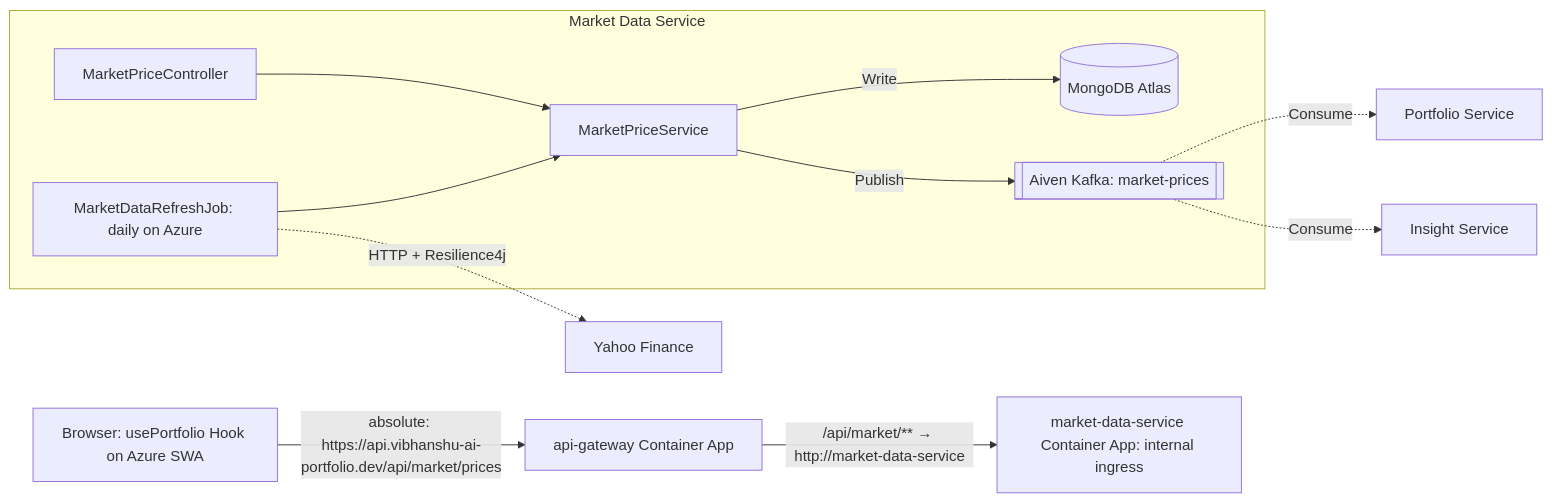
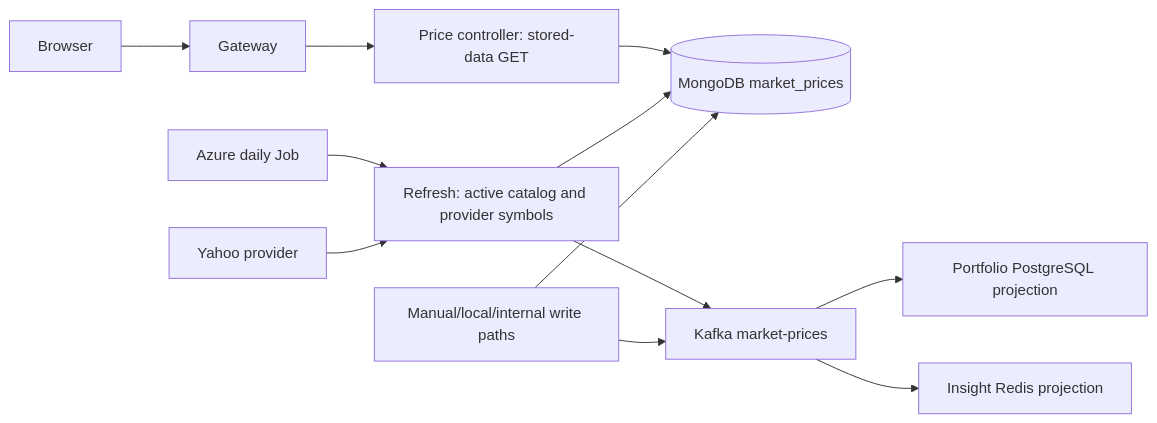
Before and after one commit to vibhanshu-agarwal/wealthmgmtandportfoliotracker: the diagram in docs/e2e-flows/market-data-service-e2e.md, drawn with Mermaid. The commit also changed other lines of this file and 4 other files, not shown here.

Commit message:
docs: reconcile service E2E flows with current implementation

````diff
--- a/docs/e2e-flows/market-data-service-e2e.md
+++ b/docs/e2e-flows/market-data-service-e2e.md
@@ -76,20 +123,14 @@
 ```mermaid
-graph LR
-    A[Browser: usePortfolio Hook on Azure SWA] -->|"absolute: https://api.vibhanshu-ai-portfolio.dev/api/market/prices"| C[api-gateway Container App]
-    C -->|"/api/market/** → http://market-data-service"| D[market-data-service Container App: internal ingress]
-
-    subgraph "Market Data Service"
-        D1[MarketPriceController]
-        D2[MarketPriceService]
-        D3[MarketDataRefreshJob: daily on Azure]
-
-        D1 --> D2
-        D3 --> D2
-        D2 -->|Write| E[(MongoDB Atlas)]
-        D2 -->|Publish| F[[Aiven Kafka: market-prices]]
-    end
-
-    D3 -.->|HTTP + Resilience4j| Y[Yahoo Finance]
-    F -.->|Consume| G[Portfolio Service]
-    F -.->|Consume| H[Insight Service]
+flowchart LR
+    B[Browser] --> G[Gateway]
+    G --> Q[Price controller: stored-data GET]
+    Q --> M[(MongoDB market_prices)]
+    J[Azure daily Job] --> F[Refresh: active catalog and provider symbols]
+    Y[Yahoo provider] --> F
+    F --> M
+    F --> K[Kafka market-prices]
+    W[Manual/local/internal write paths] --> M
+    W --> K
+    K --> P[Portfolio PostgreSQL projection]
+    K --> I[Insight Redis projection]
 ```
````
